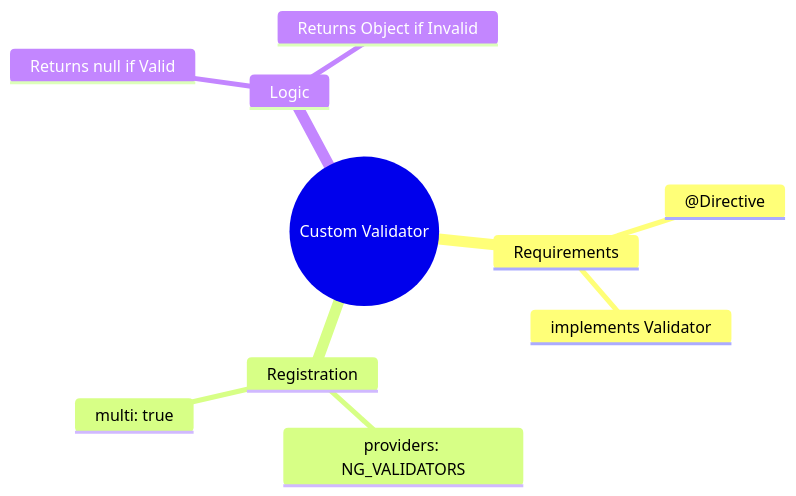
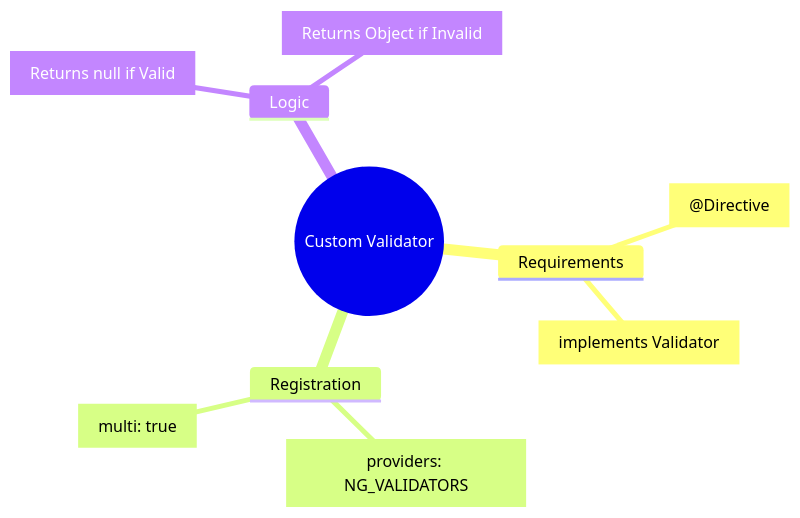
The second of 2 diagrams in src/app/features/template-forms/components/use-case-4/guide.md (Vijay-Barapatre/Angular-feature), drawn with Mermaid before and after one commit. The commit also changed other lines of this file and 9 other files, not shown here.

Commit message:
feat: add comprehensive guides and diagrams for Angular Template-Driven Forms and Routing core concepts.

````diff
--- a/src/app/features/template-forms/components/use-case-4/guide.md
+++ b/src/app/features/template-forms/components/use-case-4/guide.md
@@ -111,13 +186,13 @@
 ```mermaid
 mindmap
   root((Custom Validator))
     Requirements
-      @Directive
-      implements Validator
+      ["@Directive"]
+      ["implements Validator"]
     Registration
-      providers: NG_VALIDATORS
-      multi: true
+      ["providers: NG_VALIDATORS"]
+      ["multi: true"]
     Logic
-      Returns null if Valid
-      Returns Object if Invalid
+      ["Returns null if Valid"]
+      ["Returns Object if Invalid"]
 ```
````
